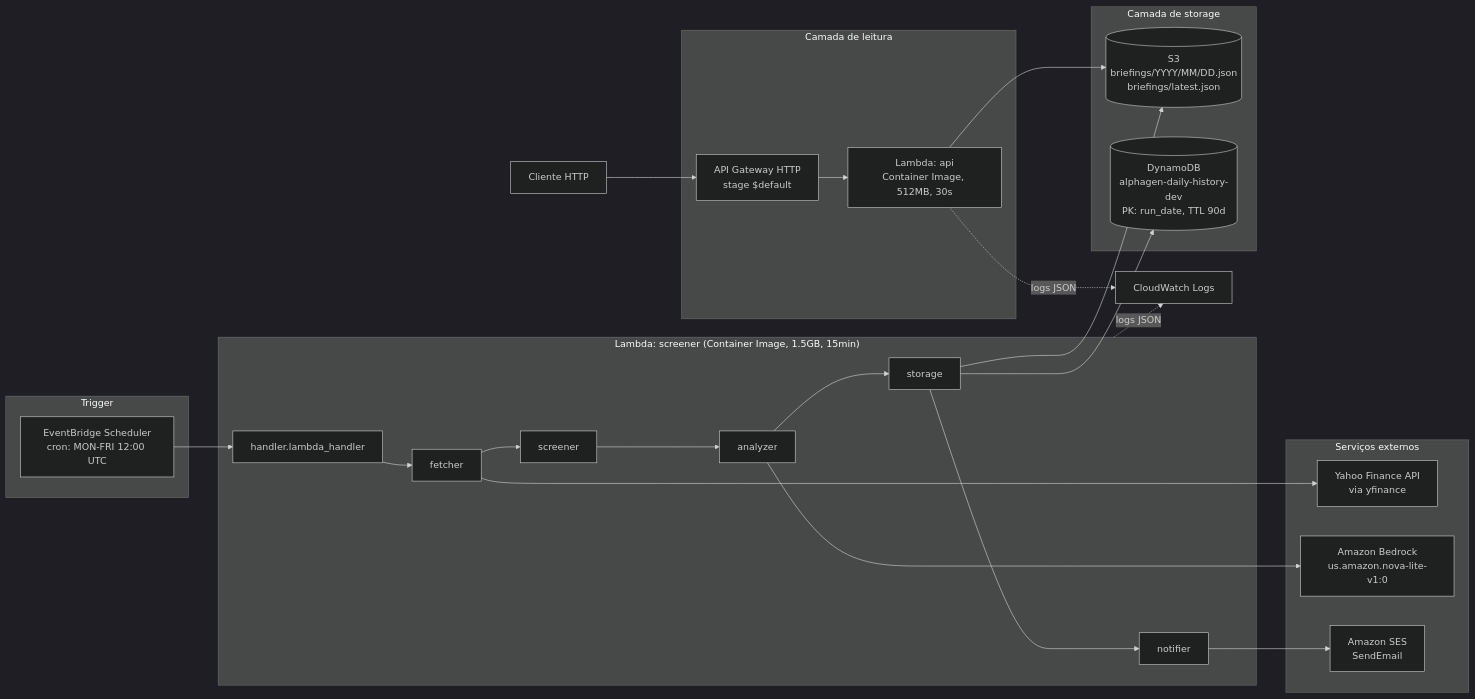
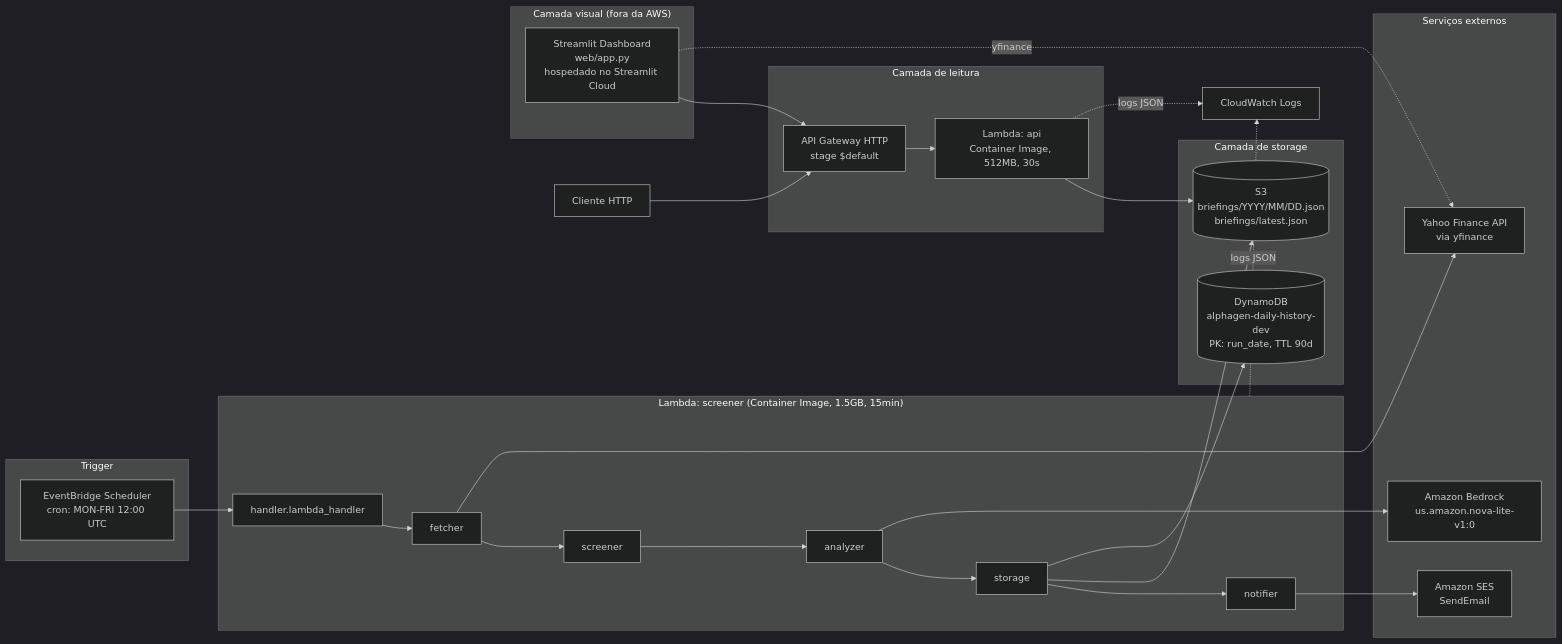
One commit to Ant4rez/Alphagen-Daily changed the diagram in ARCHITECTURE.md. Above: the diagram before and after it, drawn with Mermaid (dark theme). The commit also changed other lines of this file and 2 other files, not shown here.

````diff
--- a/ARCHITECTURE.md
+++ b/ARCHITECTURE.md
@@ -43,44 +43,50 @@
 ```mermaid
 flowchart LR
     subgraph Trigger
         Cron[EventBridge Scheduler<br/>cron: MON-FRI 12:00 UTC]
     end
 
     subgraph Pipeline["Lambda: screener (Container Image, 1.5GB, 15min)"]
         H[handler.lambda_handler] --> F[fetcher]
         F --> S[screener]
         S --> A[analyzer]
         A --> P[storage]
         P --> N[notifier]
     end
 
     subgraph External["Serviços externos"]
         YF[Yahoo Finance API<br/>via yfinance]
         BR[Amazon Bedrock<br/>us.amazon.nova-lite-v1:0]
         SES[Amazon SES<br/>SendEmail]
     end
 
     subgraph Storage["Camada de storage"]
         S3[(S3<br/>briefings/YYYY/MM/DD.json<br/>briefings/latest.json)]
         DDB[(DynamoDB<br/>alphagen-daily-history-dev<br/>PK: run_date, TTL 90d)]
     end
 
     subgraph Serving["Camada de leitura"]
         APIG[API Gateway HTTP<br/>stage $default]
         API[Lambda: api<br/>Container Image, 512MB, 30s]
     end
 
+    subgraph Frontend["Camada visual (fora da AWS)"]
+        WEB[Streamlit Dashboard<br/>web/app.py<br/>hospedado no Streamlit Cloud]
+    end
+
     Client[Cliente HTTP] --> APIG
+    WEB --> APIG
+    WEB -.yfinance.-> YF
     APIG --> API
     API --> S3
 
     Cron --> H
     F --> YF
     A --> BR
     P --> S3
     P --> DDB
     N --> SES
 
     Pipeline -.logs JSON.-> CW[CloudWatch Logs]
     API -.logs JSON.-> CW
 ```
````
